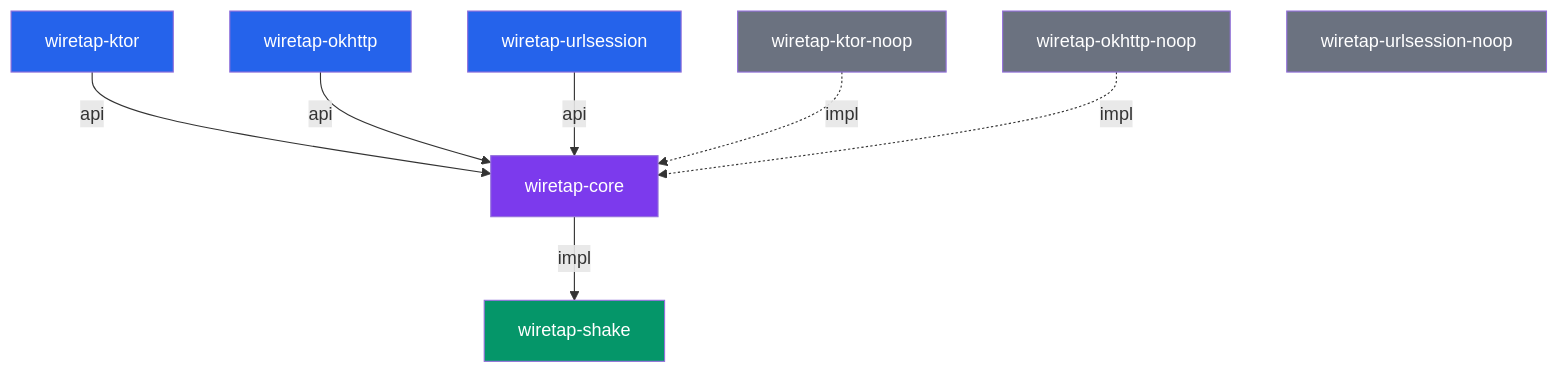
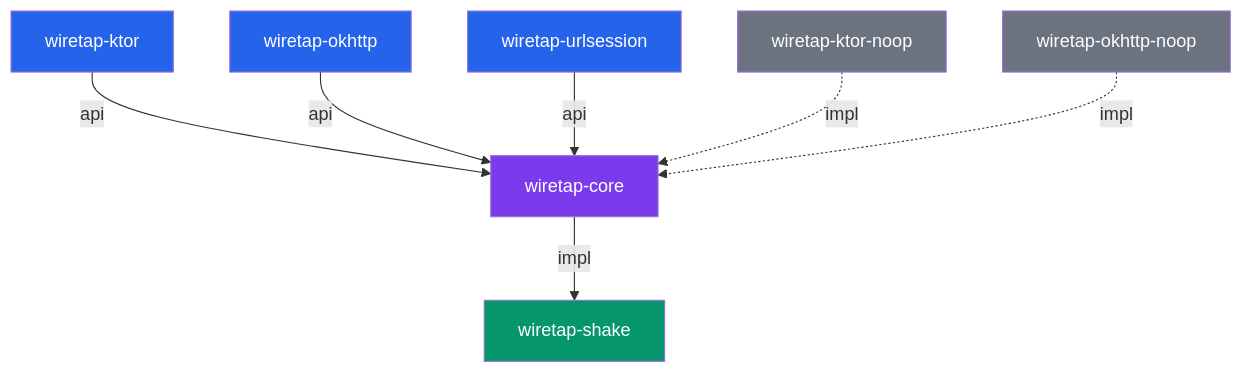
One commit to skymansandy/wiretapKMP changed the diagram in docs/architecture/modules.md. Above: the diagram before and after it, drawn with Mermaid. The commit also changed other lines of this file and 70 other files, not shown here.

First line of the commit message:
chore: Remove urlsession noop (#20)

````diff
--- a/docs/architecture/modules.md
+++ b/docs/architecture/modules.md
@@ -106,27 +101,25 @@
 ```mermaid
 graph TD
     core["wiretap-core"]
     ktor["wiretap-ktor"]
     okhttp["wiretap-okhttp"]
     urlsession["wiretap-urlsession"]
     ktor_noop["wiretap-ktor-noop"]
     okhttp_noop["wiretap-okhttp-noop"]
-    urlsession_noop["wiretap-urlsession-noop"]
     shake["wiretap-shake"]
 
     ktor -->|api| core
     okhttp -->|api| core
     urlsession -->|api| core
     core -->|impl| shake
     ktor_noop -.->|impl| core
     okhttp_noop -.->|impl| core
 
     style core fill:#7c3aed,color:#fff
     style ktor fill:#2563eb,color:#fff
     style okhttp fill:#2563eb,color:#fff
     style urlsession fill:#2563eb,color:#fff
     style ktor_noop fill:#6b7280,color:#fff
     style okhttp_noop fill:#6b7280,color:#fff
-    style urlsession_noop fill:#6b7280,color:#fff
     style shake fill:#059669,color:#fff
 ```
````
